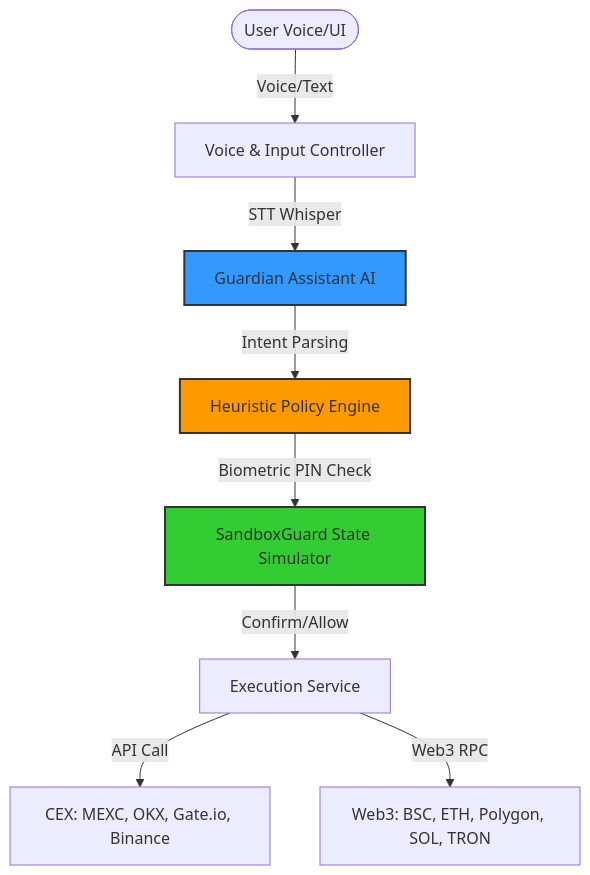
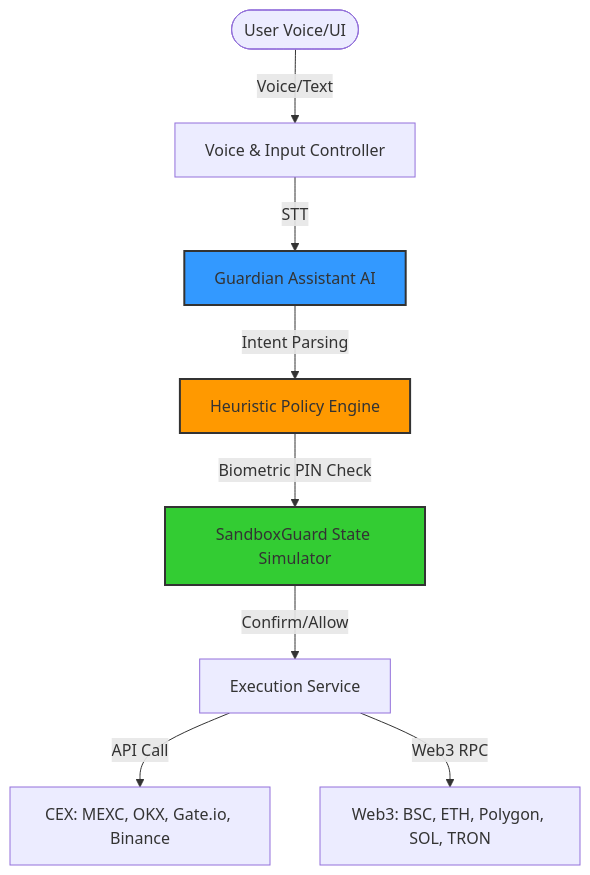
The diagram in README.md (VOVAN1980/ibiti-guardian), drawn with Mermaid before and after one commit. The commit also changed other lines of this file and 4 other files, not shown here.

````diff
--- a/README.md
+++ b/README.md
@@ -87,14 +87,14 @@
 ```mermaid
 graph TD
     User([User Voice/UI]) -->|Voice/Text| VoiceTurnController[Voice & Input Controller]
-    VoiceTurnController -->|STT Whisper| AssistantService[Guardian Assistant AI]
+    VoiceTurnController -->|STT| AssistantService[Guardian Assistant AI]
     AssistantService -->|Intent Parsing| PolicyEngine[Heuristic Policy Engine]
     PolicyEngine -->|Biometric PIN Check| SandboxGuard[SandboxGuard State Simulator]
     SandboxGuard -->|Confirm/Allow| ExecService[Execution Service]
     ExecService -->|API Call| CEX[CEX: MEXC, OKX, Gate.io, Binance]
     ExecService -->|Web3 RPC| Blockchains[Web3: BSC, ETH, Polygon, SOL, TRON]
     
     style PolicyEngine fill:#ff9900,stroke:#333,stroke-width:2px;
     style SandboxGuard fill:#33cc33,stroke:#333,stroke-width:2px;
     style AssistantService fill:#3399ff,stroke:#333,stroke-width:2px;
 ```
````
